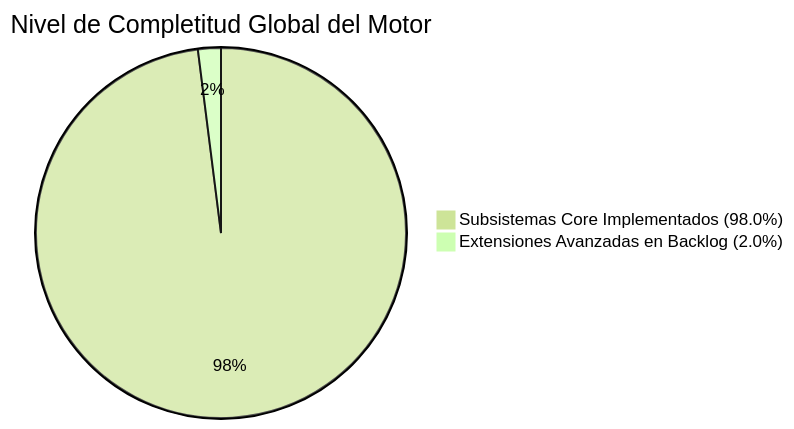
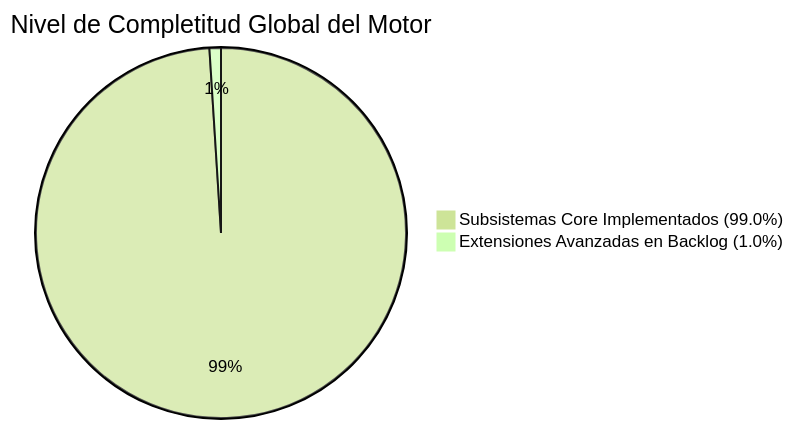
The diagram in docs/JASON_GREGORY_COMPLETION_AUDIT.md (serranoble/wiiu-engine-neleo), drawn with Mermaid (forest theme) before and after one commit. The commit also changed other lines of this file and 25 other files, not shown here.

````diff
--- a/docs/JASON_GREGORY_COMPLETION_AUDIT.md
+++ b/docs/JASON_GREGORY_COMPLETION_AUDIT.md
@@ -14,5 +14,5 @@
 ```mermaid
 pie title Nivel de Completitud Global del Motor
-    "Subsistemas Core Implementados (98.0%)" : 98.0
-    "Extensiones Avanzadas en Backlog (2.0%)" : 2.0
+    "Subsistemas Core Implementados (99.0%)" : 99.0
+    "Extensiones Avanzadas en Backlog (1.0%)" : 1.0
 ```
````
